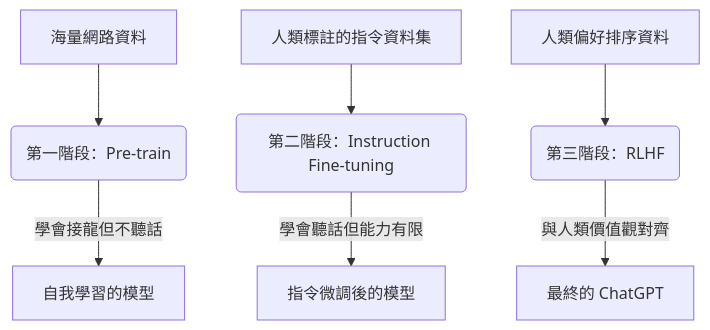
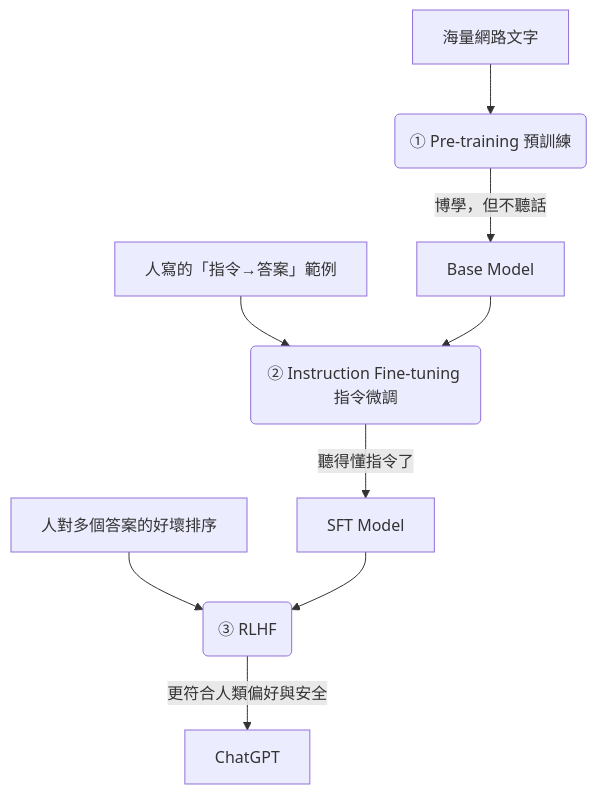
One commit to a920604a/engineernews changed the diagram in src/content/posts/learning/2026-04-23-how-chatgpt-is-trained.md. Above: the diagram before and after it, drawn with Mermaid. The commit also changed other lines of this file and 38 other files, not shown here.

````diff
--- a/src/content/posts/learning/2026-04-23-how-chatgpt-is-trained.md
+++ b/src/content/posts/learning/2026-04-23-how-chatgpt-is-trained.md
@@ -19,11 +19,11 @@
 ```mermaid
 flowchart TD
-    A[海量網路資料] --> B("第一階段：Pre-train")
-    B -->|"學會接龍但不聽話"| C[自我學習的模型]
-    
-    D[人類標註的指令資料集] --> E("第二階段：Instruction Fine-tuning")
-    E -->|"學會聽話但能力有限"| F[指令微調後的模型]
-    
-    G[人類偏好排序資料] --> H("第三階段：RLHF")
-    H -->|"與人類價值觀對齊"| I[最終的 ChatGPT]
+    A[海量網路文字] --> B("① Pre-training 預訓練")
+    B -->|"博學，但不聽話"| C[Base Model]
+    D[人寫的「指令→答案」範例] --> E("② Instruction Fine-tuning 指令微調")
+    C --> E
+    E -->|"聽得懂指令了"| F[SFT Model]
+    G[人對多個答案的好壞排序] --> H("③ RLHF")
+    F --> H
+    H -->|"更符合人類偏好與安全"| I[ChatGPT]
 ```
````
